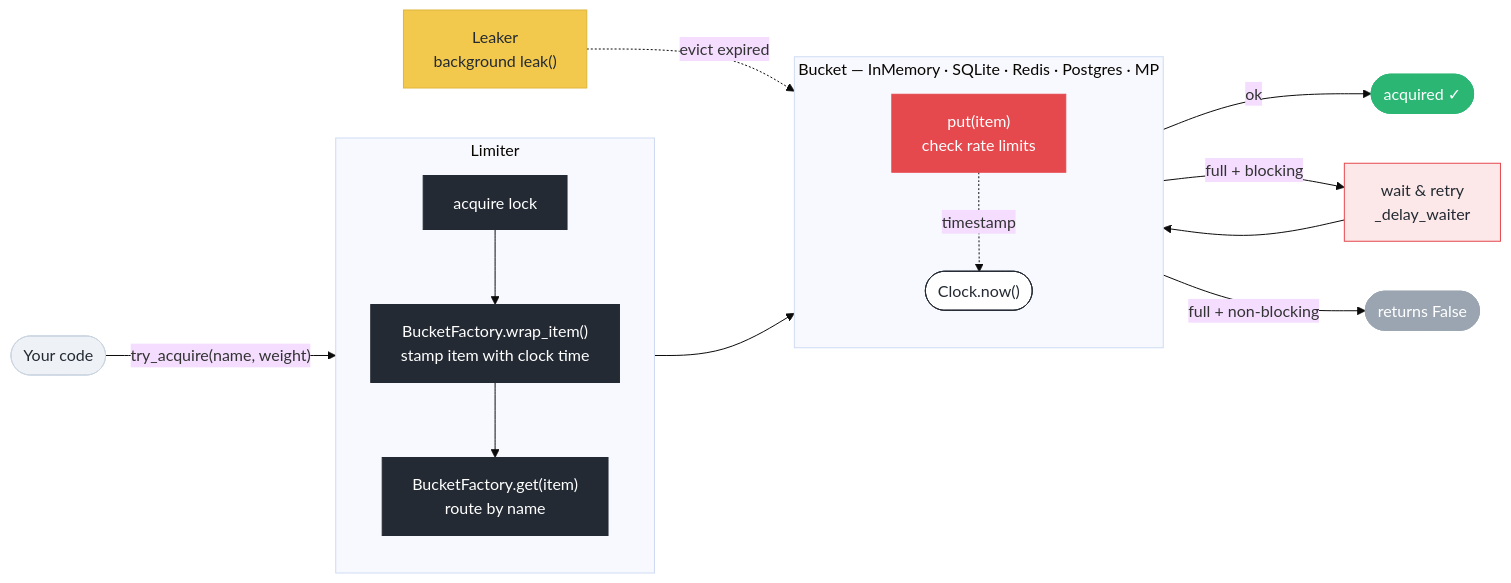
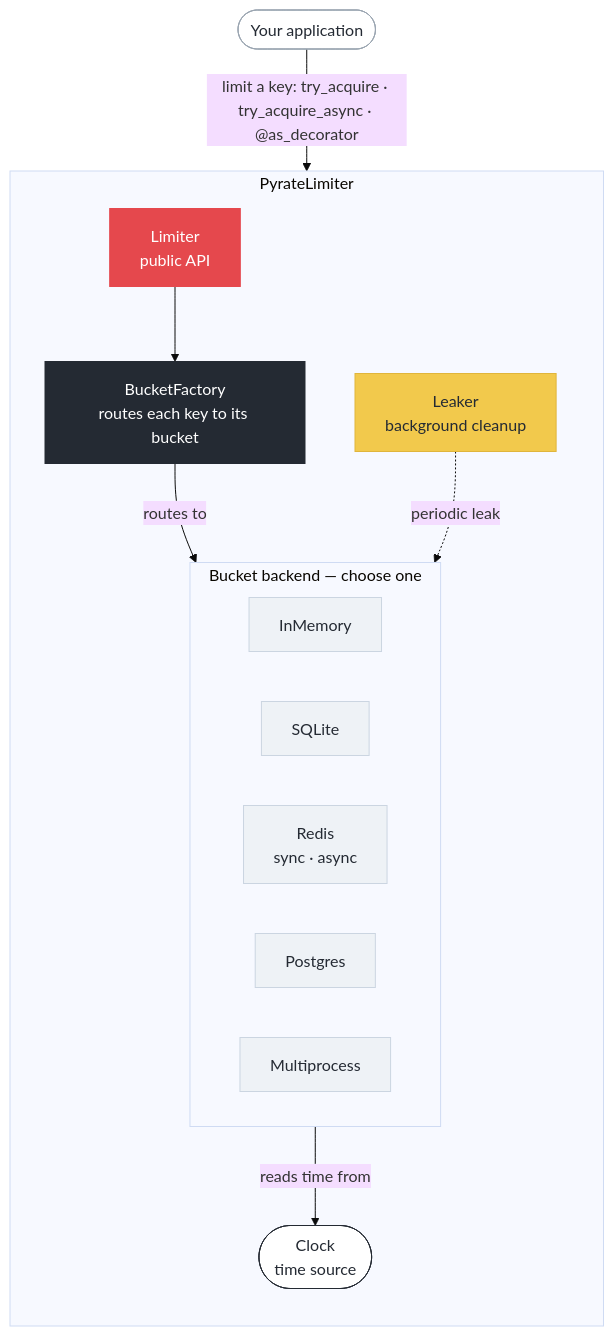
One commit to vutran1710/PyrateLimiter changed the diagram in README.md. Above: the diagram before and after it, drawn with Mermaid (base theme). The commit also changed 5 other files, not shown here.

First line of the commit message:
chore(ci): bump Node-20 actions to Node-24; drop orphaned diagram (#295)

````diff
--- a/README.md
+++ b/README.md
@@ -113,38 +113,34 @@
 ```mermaid
-flowchart LR
-    caller([Your code]):::ext
+flowchart TB
+    user([Your application]):::ext
+    user -->|"limit a key: try_acquire · try_acquire_async · @as_decorator"| limiter
 
-    subgraph limiter["Limiter"]
+    subgraph pyrate["PyrateLimiter"]
         direction TB
-        lock["acquire lock"]:::core
-        wrap["BucketFactory.wrap_item()<br/>stamp item with clock time"]:::core
-        route["BucketFactory.get(item)<br/>route by name"]:::core
-        lock --> wrap --> route
+        limiter["Limiter<br/>public API"]:::api
+        factory["BucketFactory<br/>routes each key to its bucket"]:::core
+        leaker["Leaker<br/>background cleanup"]:::leak
+        clock(["Clock<br/>time source"]):::clk
+
+        limiter --> factory
+        factory -->|routes to| backends
+        leaker -.->|periodic leak| backends
+        backends -->|reads time from| clock
+
+        subgraph backends["Bucket backend — choose one"]
+            direction LR
+            mem["InMemory"]:::bkt
+            sqlite["SQLite"]:::bkt
+            redis["Redis<br/>sync · async"]:::bkt
+            pg["Postgres"]:::bkt
+            mp["Multiprocess"]:::bkt
+        end
     end
 
-    subgraph bucket["Bucket — InMemory · SQLite · Redis · Postgres · MP"]
-        direction TB
-        put["put(item)<br/>check rate limits"]:::bkt
-        clock(["Clock.now()"]):::clk
-        put -. timestamp .-> clock
-    end
-
-    leaker["Leaker<br/>background leak()"]:::leak
-
-    caller -- "try_acquire(name, weight)" --> limiter
-    route --> put
-    put -- "ok" --> ok([acquired ✓]):::good
-    put -- "full + blocking" --> wait["wait &amp; retry<br/>_delay_waiter"]:::wait
-    wait --> put
-    put -- "full + non-blocking" --> no([returns False]):::bad
-    leaker -. "evict expired" .-> put
-
+    classDef api fill:#E5484D,color:#ffffff,stroke:#E5484D;
     classDef core fill:#242A33,color:#ffffff,stroke:#242A33;
-    classDef bkt fill:#E5484D,color:#ffffff,stroke:#E5484D;
+    classDef bkt fill:#EEF2F6,color:#242A33,stroke:#CBD5E1;
     classDef clk fill:#ffffff,color:#242A33,stroke:#242A33;
     classDef leak fill:#F2C94C,color:#242A33,stroke:#E0B53C;
-    classDef ext fill:#EEF2F6,color:#242A33,stroke:#CBD5E1;
-    classDef good fill:#2BB673,color:#ffffff,stroke:#2BB673;
-    classDef bad fill:#9AA5B1,color:#ffffff,stroke:#9AA5B1;
-    classDef wait fill:#FCE8E8,color:#242A33,stroke:#E5484D;
+    classDef ext fill:#ffffff,color:#242A33,stroke:#9AA5B1;
 ```
````
